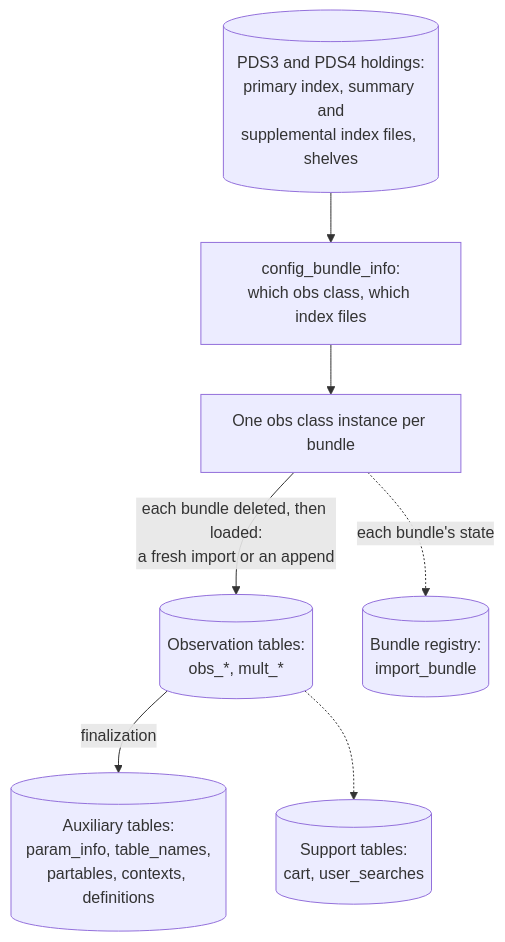
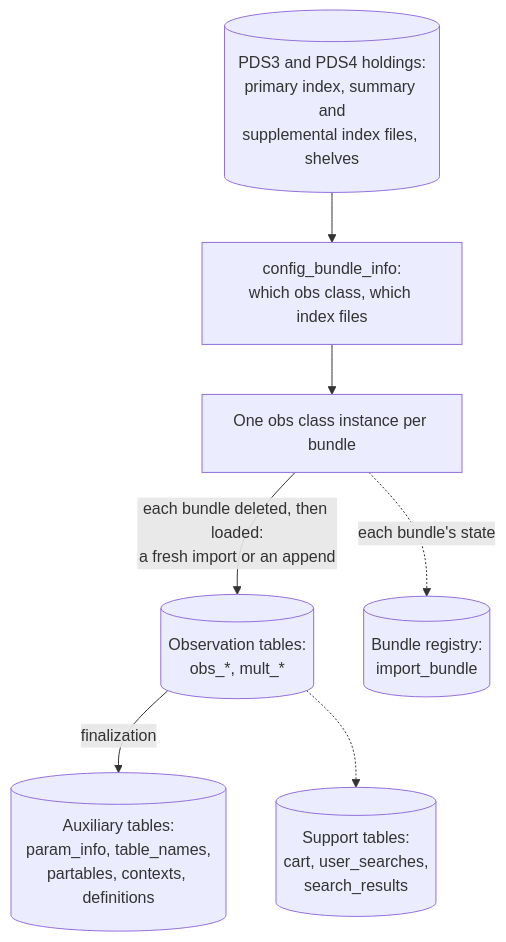
Before and after one commit to SETI/rms-opus: the diagram in docs/dev_guide_import_overview.rst, drawn with Mermaid. The commit also changed other lines of this file and 67 other files, not shown here.

First line of the commit message:
feat: one search_results table replaces the per-search cache tables

```diff
--- a/docs/dev_guide_import_overview.rst
+++ b/docs/dev_guide_import_overview.rst
@@ -21,18 +21,18 @@
 .. mermaid::
     :zoom:
 
     flowchart TD
         H[(PDS3 and PDS4 holdings:<br/>primary index, summary and<br/>supplemental index files, shelves)]
         BI[config_bundle_info:<br/>which obs class, which index files]
         OB[One obs class instance per bundle]
         OBS[(Observation tables:<br/>obs_*, mult_*)]
         REG[(Bundle registry:<br/>import_bundle)]
         AUX[(Auxiliary tables:<br/>param_info, table_names,<br/>partables, contexts, definitions)]
-        SUP[(Support tables:<br/>cart, user_searches)]
+        SUP[(Support tables:<br/>cart, user_searches,<br/>search_results)]
 
         H --> BI
         BI --> OB
         OB -->|each bundle deleted, then loaded:<br/>a fresh import or an append| OBS
         OB -.->|each bundle's state| REG
         OBS -->|finalization| AUX
         OBS -.-> SUP
```
